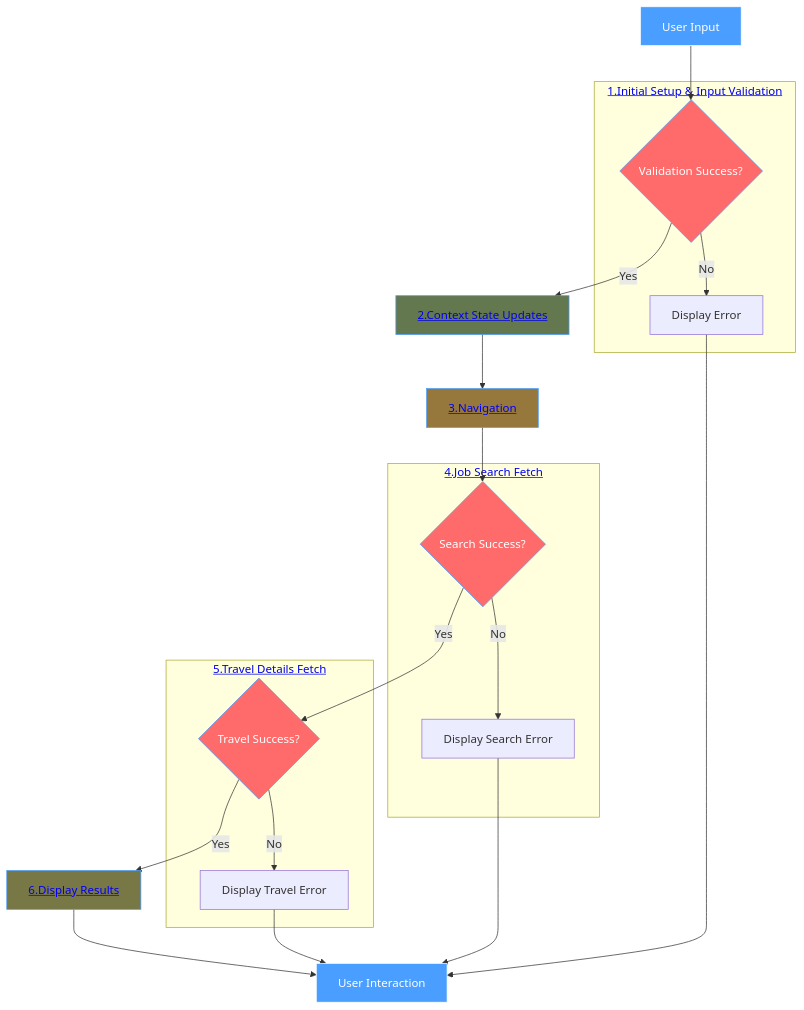
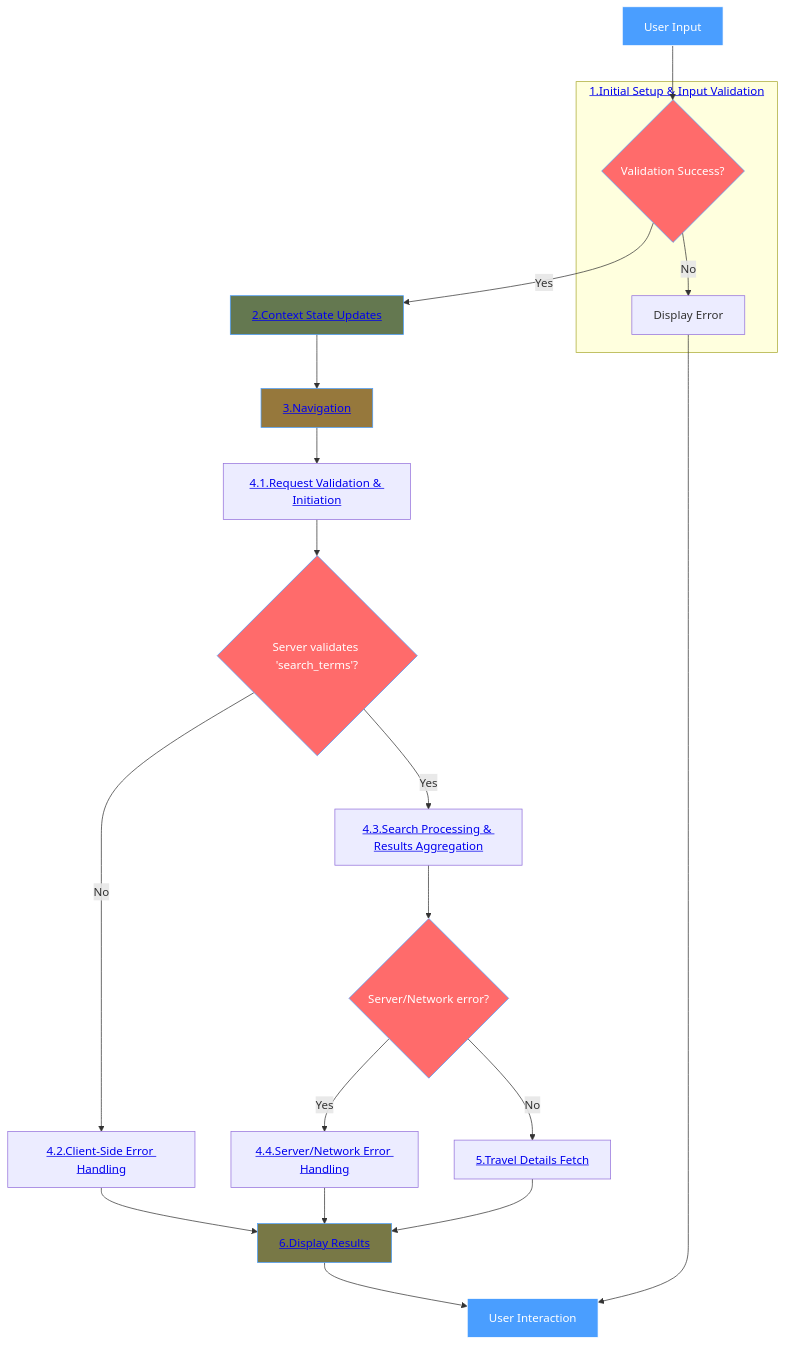
Before and after one commit to YahyaAl-Ademi/2025.10.23-JobCompass: the diagram in documentation/jobFetch/_JobFetchFlowchart.md, drawn with Mermaid. The commit also changed 10 other files, not shown here.

Commit message:
Refactor jobFetch documentation: update phase links, enhance mermaid diagrams with file paths, and remove obsolete Job Search Fetch phase

````diff
--- a/documentation/jobFetch/_JobFetchFlowchart.md
+++ b/documentation/jobFetch/_JobFetchFlowchart.md
@@ -1,31 +1,33 @@
 ```mermaid
 flowchart TD
     A[User Input] --> B{Validation Success?}
     subgraph Validation["<a href='./1.Initial%20Setup%20&%20Input%20Validation.md'>1.Initial Setup & Input Validation</a>"]
     B -->|No| J[Display Error]
     end
     B -->|Yes| C["<a href='./2.Context%20State%20Updates.md'>2.Context State Updates</a>"]
     C --> D["<a href='./3.Navigation.md'>3.Navigation</a>"]
-    D --> E{Search Success?}
-    subgraph JobSearch["<a href='./4.Job%20Search%20Fetch.md'>4.Job Search Fetch</a>"]
-    E -->|No| F[Display Search Error]
-    end
-    E -->|Yes| G{Travel Success?}
-    subgraph TravelDetails["<a href='./5.Travel%20Details%20Fetch.md'>5.Travel Details Fetch</a>"]
-    G -->|No| H[Display Travel Error]
-    end
-    G -->|Yes| I["<a href='./6.Display%20Results.md'>6.Display Results</a>"]
+
+    D --> E1["<a href='./4.1.Request%20Validation%20&%20Initiation.md'>4.1.Request Validation & Initiation</a>"]
+    E1 --> F{Server validates 'search_terms'?}
+    F -->|No| X["<a href='./4.2.Client-Side%20Error%20Handling.md'>4.2.Client-Side Error Handling</a>"]
+    F -->|Yes| G1["<a href='./4.3.Search%20Processing%20&%20Results%20Aggregation.md'>4.3.Search Processing & Results Aggregation</a>"]
+
+    G1 --> H{Server/Network error?}
+    H -->|Yes| Y["<a href='./4.4.Server-Network%20Error%20Handling.md'>4.4.Server/Network Error Handling</a>"]
+    H -->|No| T["<a href='./5.Travel%20Details%20Fetch.md'>5.Travel Details Fetch</a>"]
+
+    X --> I["<a href='./6.Display%20Results.md'>6.Display Results</a>"]
+    Y --> I
+    T --> I
     I --> K[User Interaction]
-    F --> K
-    H --> K
     J --> K
 
     style A fill:#4a9eff,stroke:#fff,color:#fff
     style B fill:#ff6b6b,stroke:#4a9eff,color:#fff
     style C fill:#647850,stroke:#4a9eff,color:#fff
     style D fill:#96783c,stroke:#4a9eff,color:#fff
-    style E fill:#ff6b6b,stroke:#4a9eff,color:#fff
-    style G fill:#ff6b6b,stroke:#4a9eff,color:#fff
+    style F fill:#ff6b6b,stroke:#4a9eff,color:#fff
+    style H fill:#ff6b6b,stroke:#4a9eff,color:#fff
     style I fill:#787846,stroke:#4a9eff,color:#fff
     style K fill:#4a9eff,stroke:#fff,color:#fff
 ```
````
